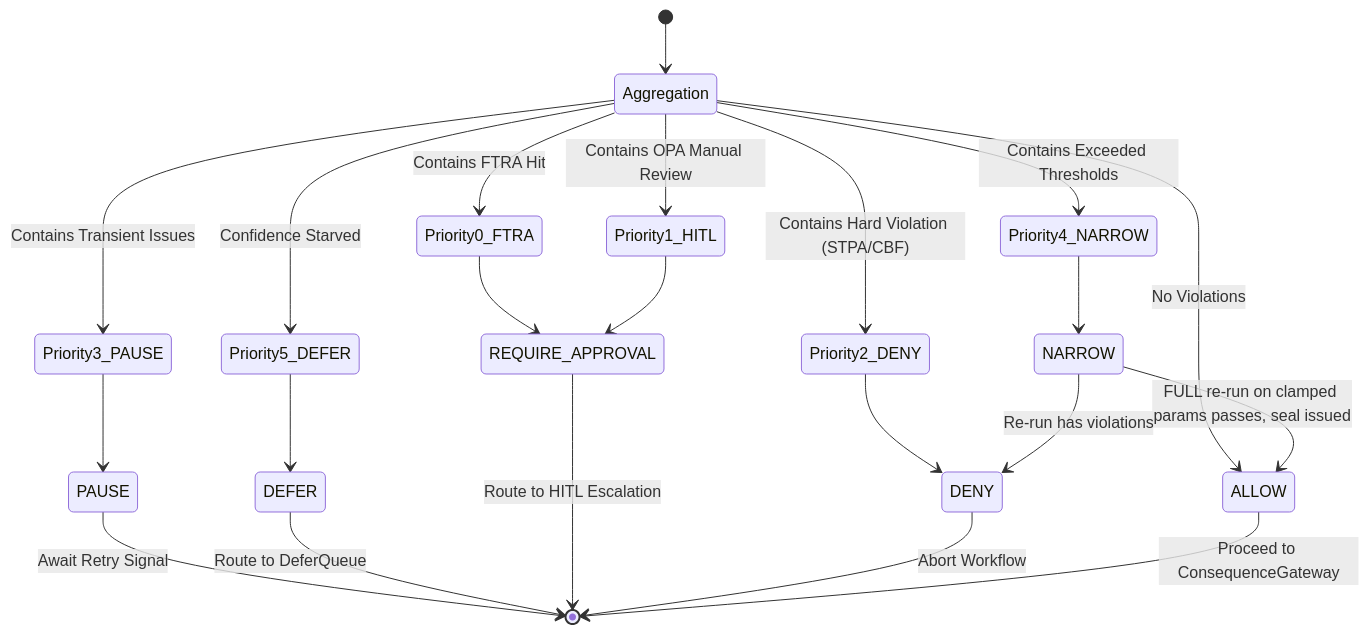
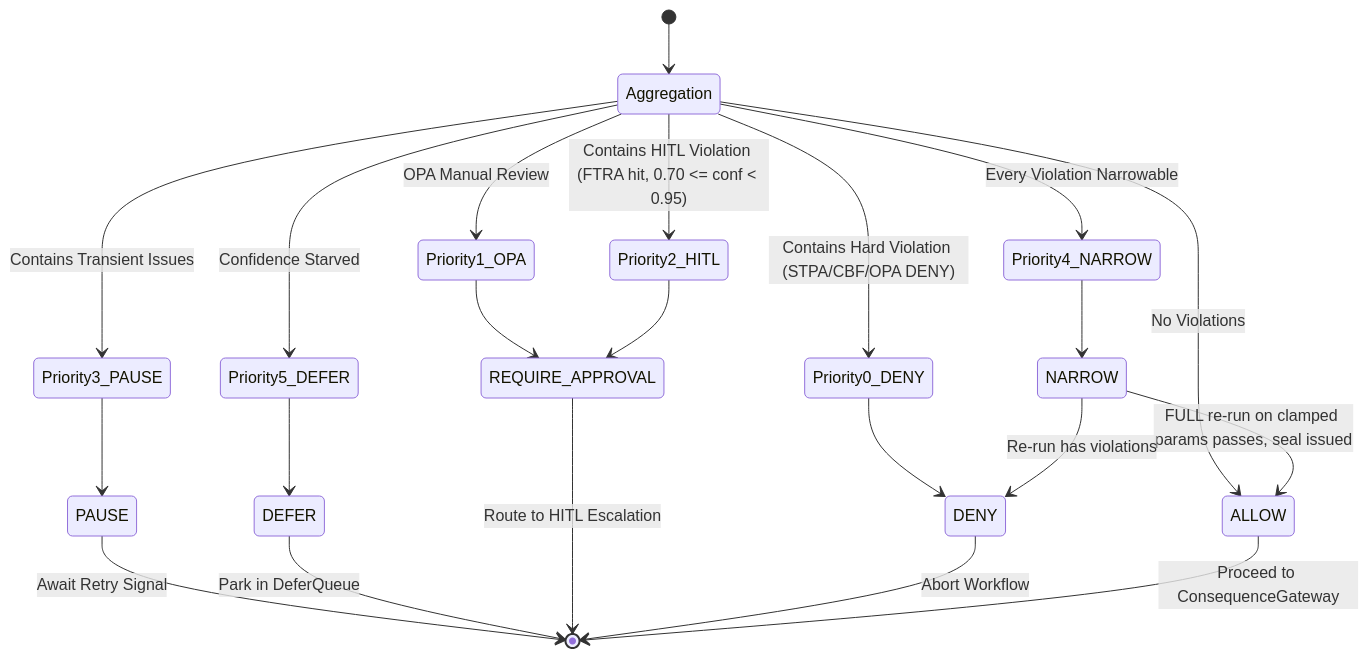
The first of 4 diagrams in docs/architecture/GATEWAY_ARCHITECTURE.md (google/cybernetic-agent-governance-engine), drawn with Mermaid before and after one commit. The commit also changed other lines of this file and 33 other files, not shown here.

Commit message:
docs(docs): sync core and architecture docs with HEAD (#324)

````diff
--- a/docs/architecture/GATEWAY_ARCHITECTURE.md
+++ b/docs/architecture/GATEWAY_ARCHITECTURE.md
@@ -50,26 +50,26 @@
 ```mermaid
 stateDiagram-v2
     [*] --> Aggregation
-    Aggregation --> Priority0_FTRA: Contains FTRA Hit
-    Aggregation --> Priority1_HITL: Contains OPA Manual Review
-    Aggregation --> Priority2_DENY: Contains Hard Violation (STPA/CBF)
+    Aggregation --> Priority0_DENY: Contains Hard Violation (STPA/CBF/OPA DENY)
+    Aggregation --> Priority1_OPA: OPA Manual Review
+    Aggregation --> Priority2_HITL: Contains HITL Violation (FTRA hit, 0.70 <= conf < 0.95)
     Aggregation --> Priority3_PAUSE: Contains Transient Issues
-    Aggregation --> Priority4_NARROW: Contains Exceeded Thresholds
+    Aggregation --> Priority4_NARROW: Every Violation Narrowable
     Aggregation --> Priority5_DEFER: Confidence Starved
     Aggregation --> ALLOW: No Violations
 
-    Priority0_FTRA --> REQUIRE_APPROVAL
-    Priority1_HITL --> REQUIRE_APPROVAL
-    Priority2_DENY --> DENY
+    Priority0_DENY --> DENY
+    Priority1_OPA --> REQUIRE_APPROVAL
+    Priority2_HITL --> REQUIRE_APPROVAL
     Priority3_PAUSE --> PAUSE
     Priority4_NARROW --> NARROW
     Priority5_DEFER --> DEFER
 
     PAUSE --> [*]: Await Retry Signal
-    DEFER --> [*]: Route to DeferQueue
+    DEFER --> [*]: Park in DeferQueue
     REQUIRE_APPROVAL --> [*]: Route to HITL Escalation
     DENY --> [*]: Abort Workflow
     NARROW --> ALLOW: FULL re-run on clamped params passes, seal issued
     NARROW --> DENY: Re-run has violations
     ALLOW --> [*]: Proceed to ConsequenceGateway
 ```
````
